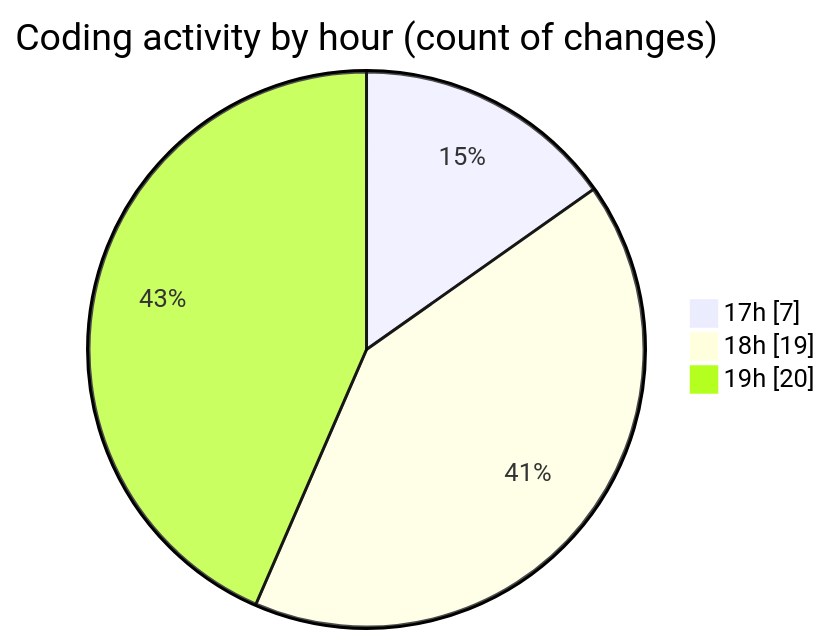
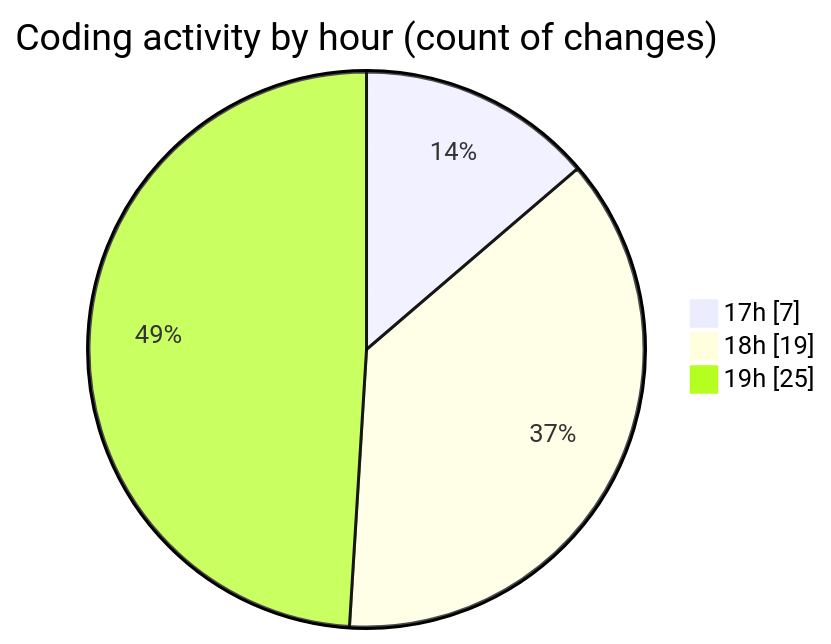
Before and after one commit to Ritupan-Deka/code-tracking: the second of 2 diagrams in 2025-05-22/expensetracker/README.md, drawn with Mermaid. The commit also changed other lines of this file and 1 other file, not shown here.

````diff
--- a/2025-05-22/expensetracker/README.md
+++ b/2025-05-22/expensetracker/README.md
@@ -40,7 +40,7 @@
 ```mermaid
 pie showData
 title Coding activity by hour (count of changes)
 "17h" : 7
 "18h" : 19
-"19h" : 20
+"19h" : 25
 ```
````
